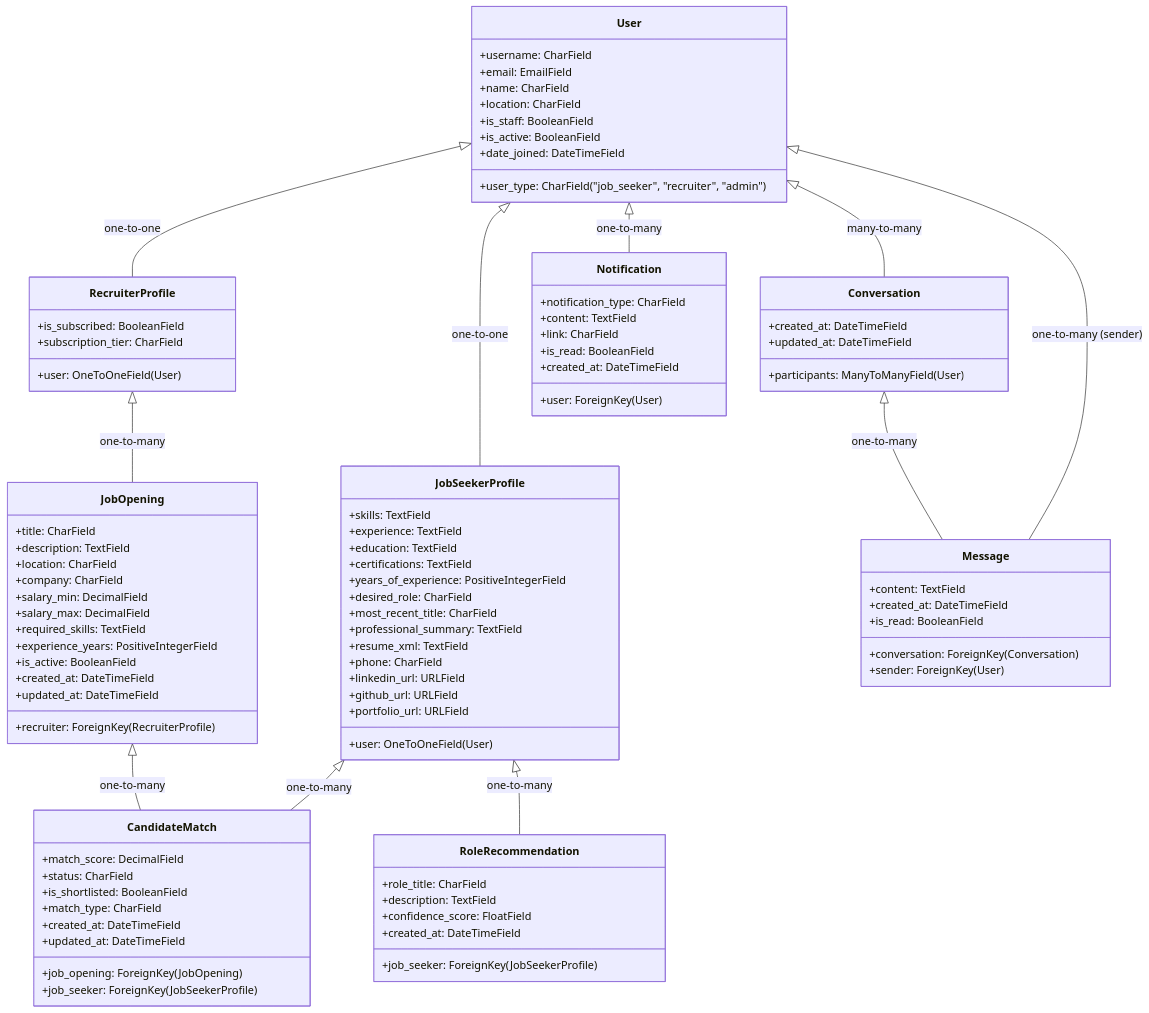
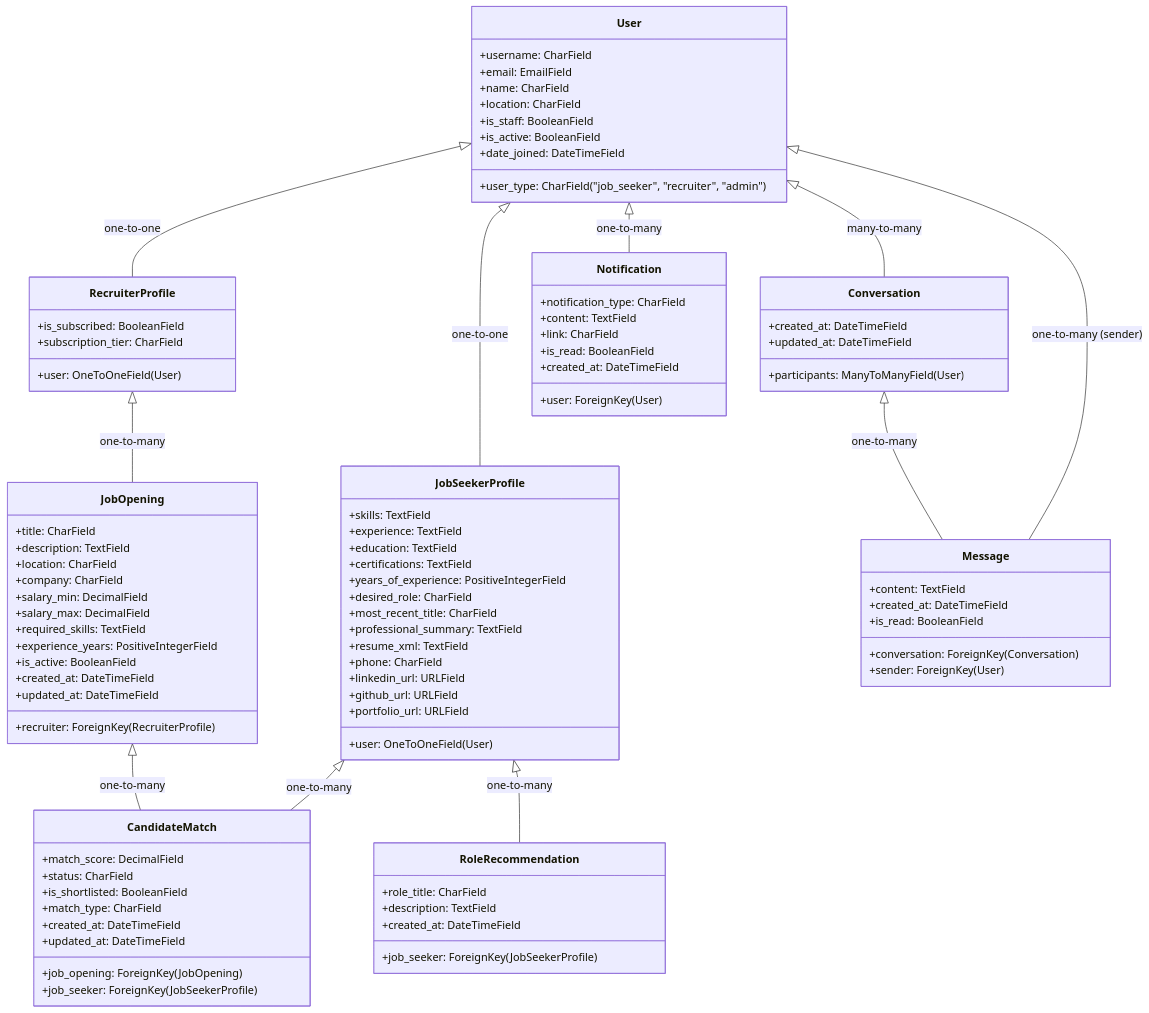
One commit to btfranklin/hiredar-saas-archive changed the diagram in docs/MODELS.md. Above: the diagram before and after it, drawn with Mermaid. The commit also changed other lines of this file and 4 other files, not shown here.

```diff
--- a/docs/MODELS.md
+++ b/docs/MODELS.md
@@ -81,7 +81,6 @@
         +job_seeker: ForeignKey(JobSeekerProfile)
         +role_title: CharField
         +description: TextField
-        +confidence_score: FloatField
         +created_at: DateTimeField
     }
     
```
